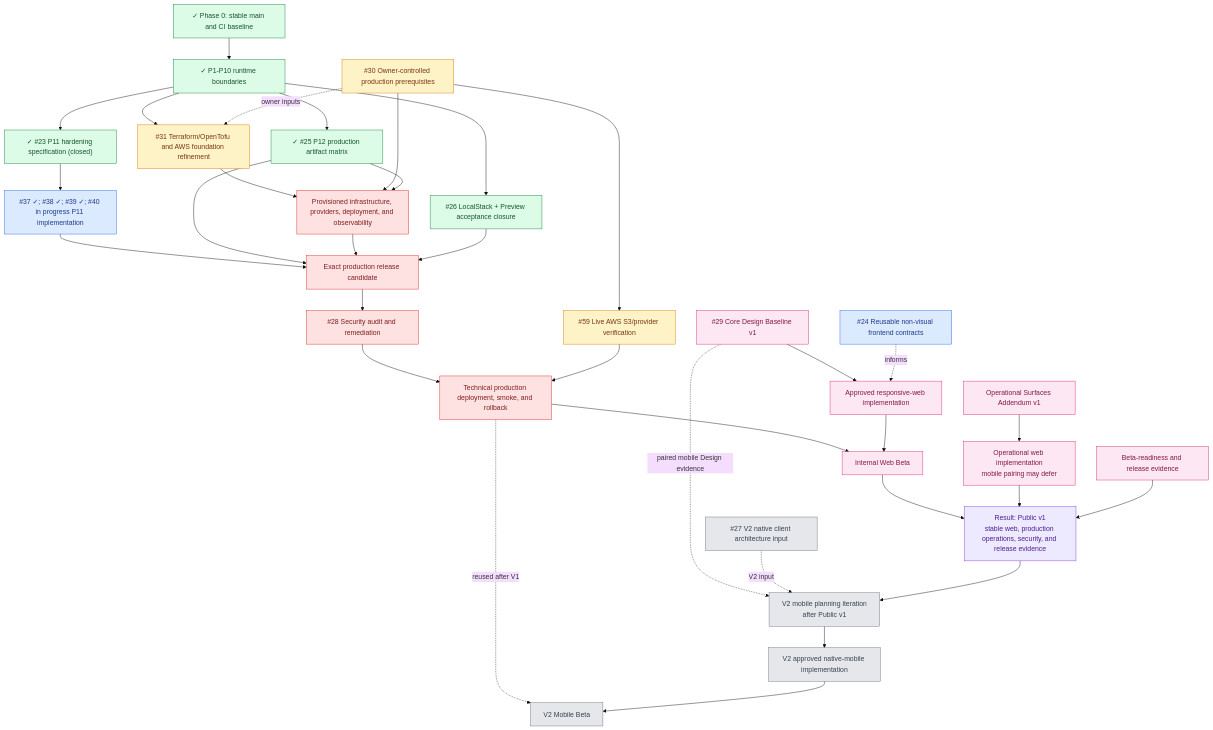
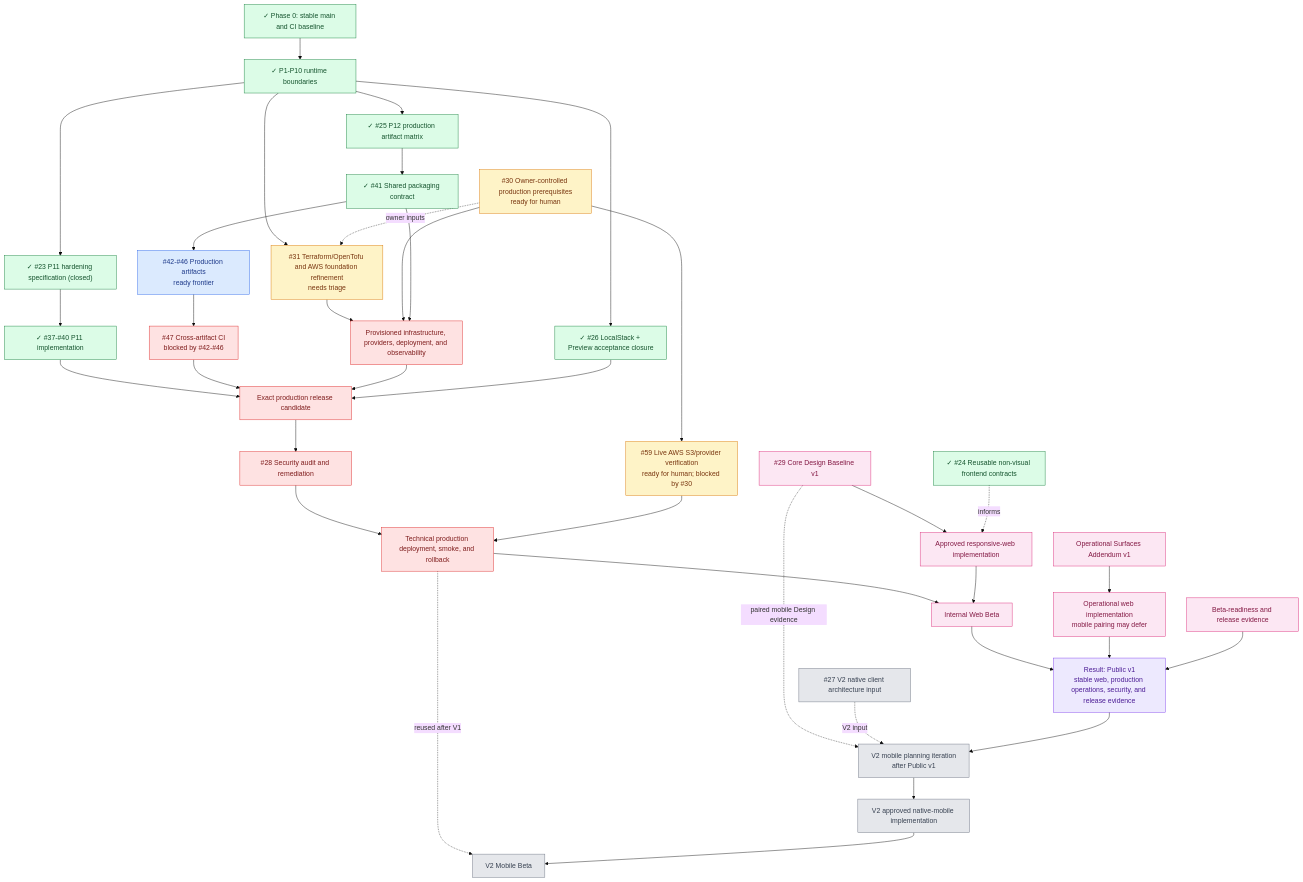
One commit to starkovalera/recipe-manager changed the third of 3 diagrams in docs/roadmap.md. Above: the diagram before and after it, drawn with Mermaid (base theme). The commit also changed other lines of this file and 4 other files, not shown here.

Commit message:
docs: sync roadmap completion statuses (#69)

```diff
--- a/docs/roadmap.md
+++ b/docs/roadmap.md
@@ -171,14 +171,17 @@
   runtime["✓ P1-P10 runtime boundaries"]
 
   p11["✓ #23 P11 hardening specification (closed)"]
-  p11Implementation["#37 ✓; #38 ✓; #39 ✓; #40 in progress P11 implementation"]
-  p12["✓ #25 P12 production artifact matrix"]
-  localstack["#26 LocalStack + Preview acceptance closure"]
-  liveAws["#59 Live AWS S3/provider verification"]
-  frontendAudit["#24 Reusable non-visual frontend contracts"]
+  p11Implementation["✓ #37-#40 P11 implementation"]
+  p12Spec["✓ #25 P12 production artifact matrix"]
+  p12Shared["✓ #41 Shared packaging contract"]
+  p12Artifacts["#42-#46 Production artifacts<br/>ready frontier"]
+  p12Ci["#47 Cross-artifact CI<br/>blocked by #42-#46"]
+  localstack["✓ #26 LocalStack + Preview acceptance closure"]
+  liveAws["#59 Live AWS S3/provider verification<br/>ready for human; blocked by #30"]
+  frontendAudit["✓ #24 Reusable non-visual frontend contracts"]
   mobileResearch["#27 V2 native client architecture input"]
-  infraRefine["#31 Terraform/OpenTofu and AWS foundation refinement"]
-  owner["#30 Owner-controlled production prerequisites"]
+  infraRefine["#31 Terraform/OpenTofu and AWS foundation refinement<br/>needs triage"]
+  owner["#30 Owner-controlled production prerequisites<br/>ready for human"]
 
   infra["Provisioned infrastructure, providers, deployment, and observability"]
   candidate["Exact production release candidate"]
@@ -198,18 +201,21 @@
 
   phase0 --> runtime
   runtime --> p11
-  runtime --> p12
+  runtime --> p12Spec
   runtime --> localstack
   runtime --> infraRefine
   owner -. owner inputs .-> infraRefine
   infraRefine --> infra
   owner --> infra
   owner --> liveAws
-  p12 --> infra
+  p12Spec --> p12Shared
+  p12Shared --> p12Artifacts
+  p12Artifacts --> p12Ci
+  p12Shared --> infra
 
   p11 --> p11Implementation
   p11Implementation --> candidate
-  p12 --> candidate
+  p12Ci --> candidate
   infra --> candidate
   localstack --> candidate
   candidate --> security
@@ -241,8 +247,9 @@
   classDef result fill:#ede9fe,stroke:#7c3aed,color:#4c1d95
 
   class phase0,runtime complete
-  class p11,p12,localstack complete
-  class p11Implementation,frontendAudit ready
+  class p11,p11Implementation,p12Spec,p12Shared,localstack,frontendAudit complete
+  class p12Artifacts ready
+  class p12Ci blocked
   class liveAws,infraRefine,owner refine
   class infra,candidate,security,technical blocked
   class design,web,webBeta,designOps,ops,beta gated
```
